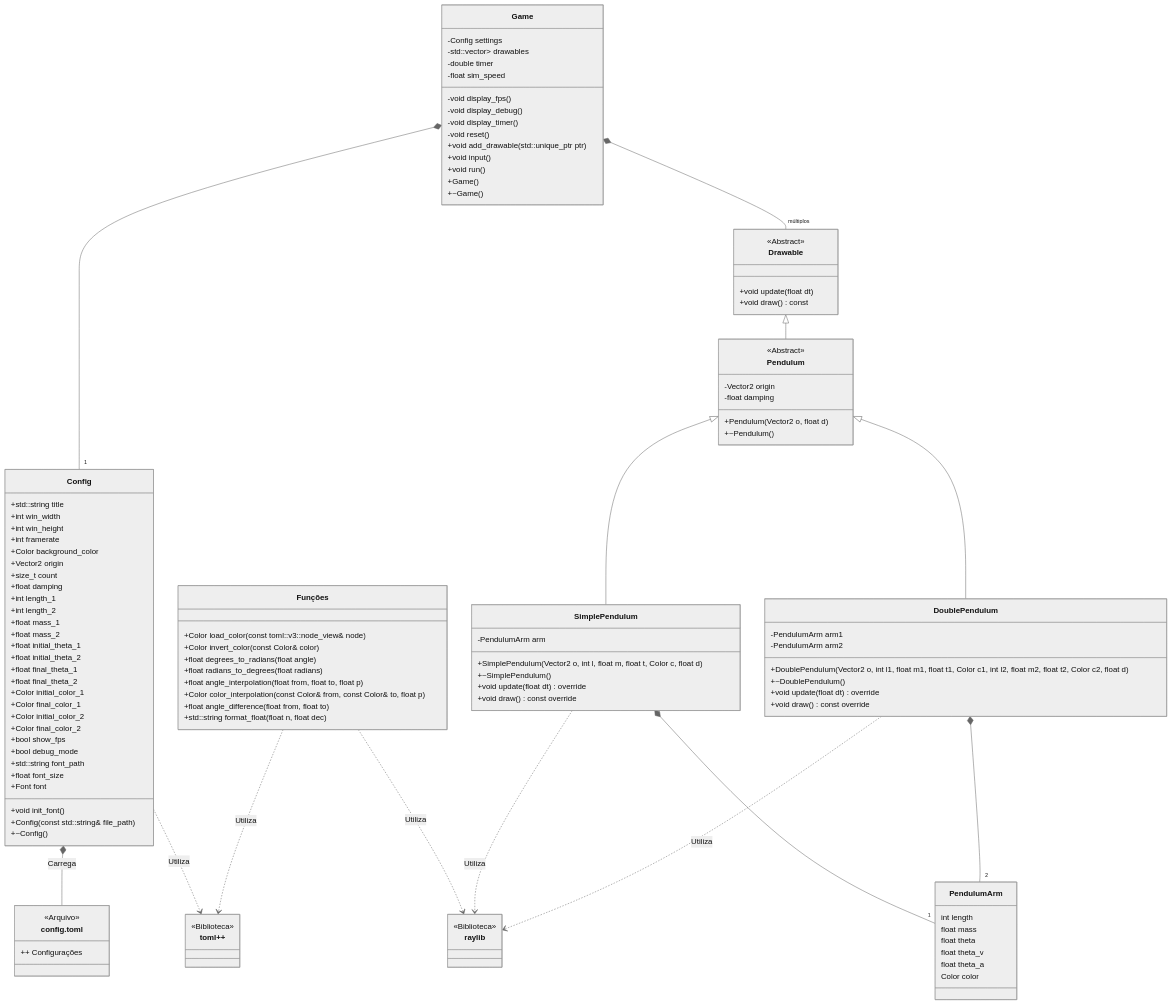
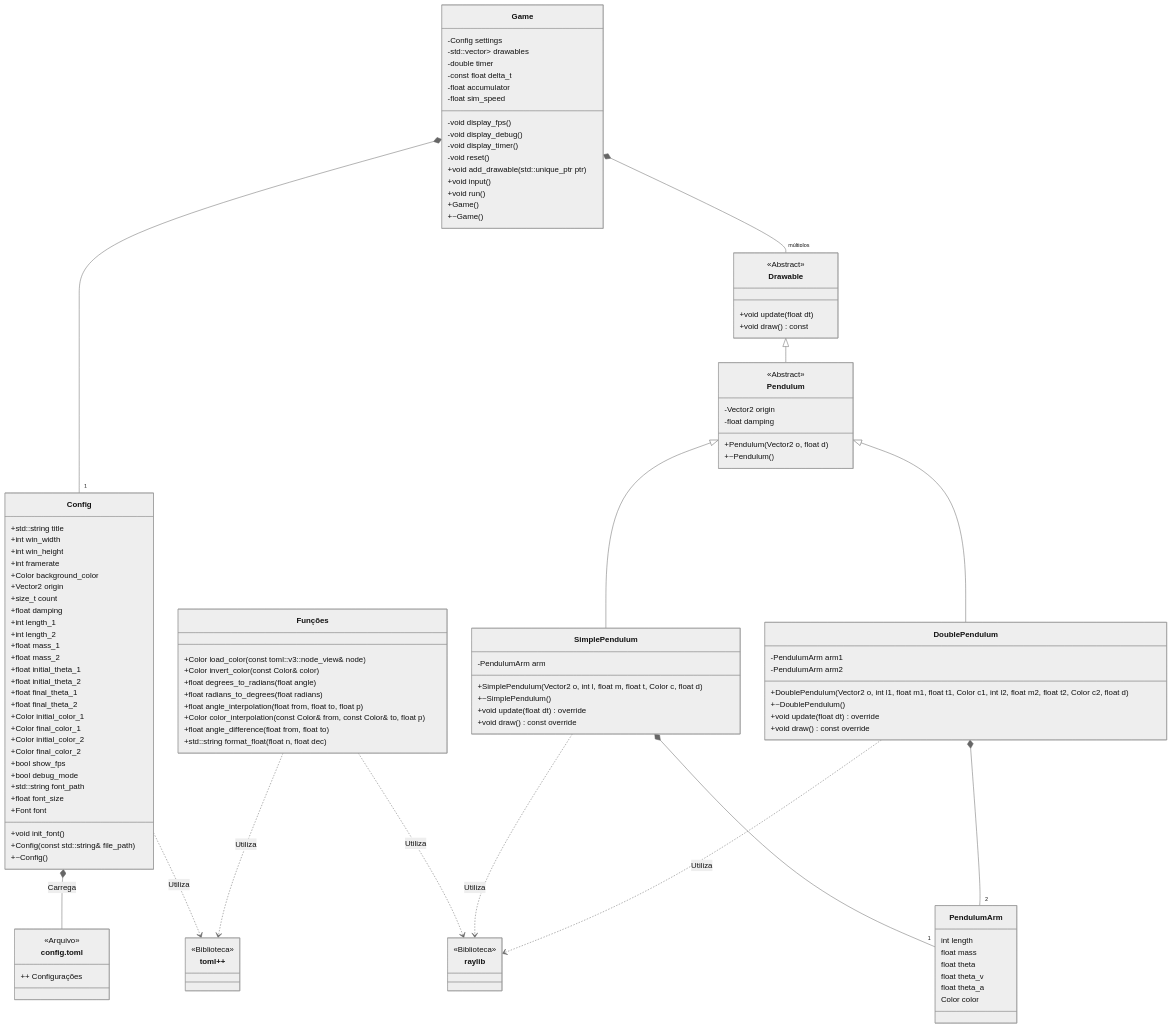
One commit to SamVeras/ChaoticDPends changed the diagram in readme.md. Above: the diagram before and after it, drawn with Mermaid. The commit also changed other lines of this file and 1 other file, not shown here.

```diff
--- a/readme.md
+++ b/readme.md
@@ -139,6 +141,8 @@
       -Config settings
       -std::vector<std::unique_ptr<Drawable>> drawables
       -double timer
+      -const float delta_t
+      -float accumulator
       -float sim_speed
       -void display_fps()
       -void display_debug()
```
